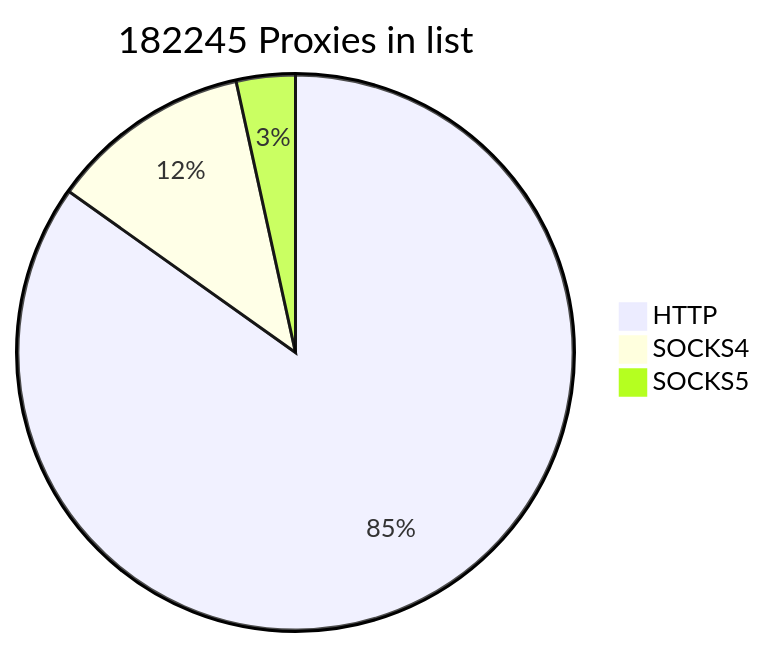
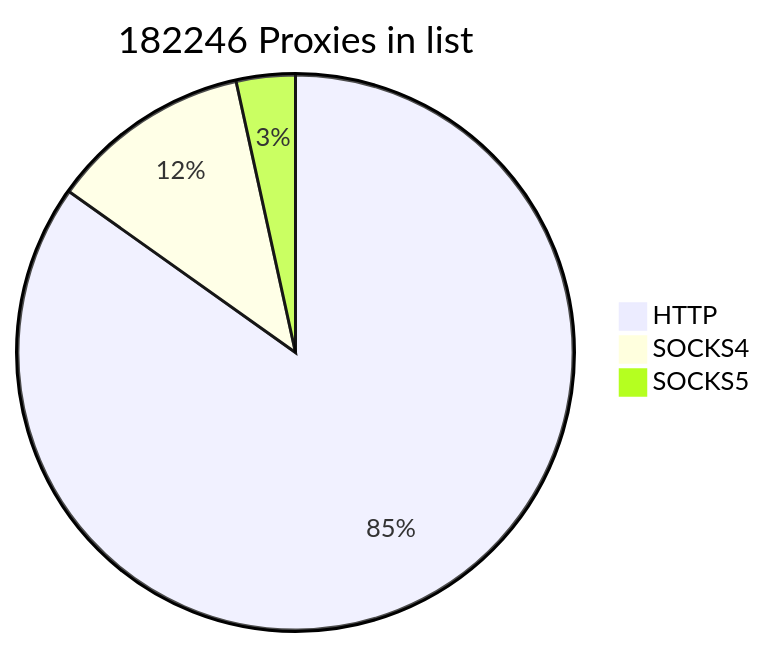
The first of 2 diagrams in README.md (cutipu/proxylist), drawn with Mermaid before and after one commit. The commit also changed other lines of this file, not shown here.

````diff
--- a/README.md
+++ b/README.md
@@ -2,7 +2,7 @@
 ```mermaid
-pie title 182245 Proxies in list
-    "HTTP" : 154610
-    "SOCKS4" : 21379
-    "SOCKS5" : 6256
+pie title 182246 Proxies in list
+    "HTTP" : 154611
+    "SOCKS4" : 21377
+    "SOCKS5" : 6258
             
 ```
````
